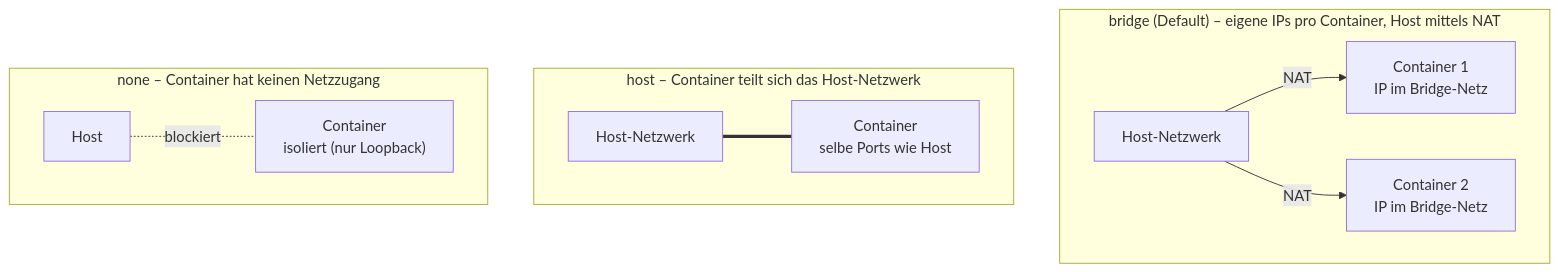
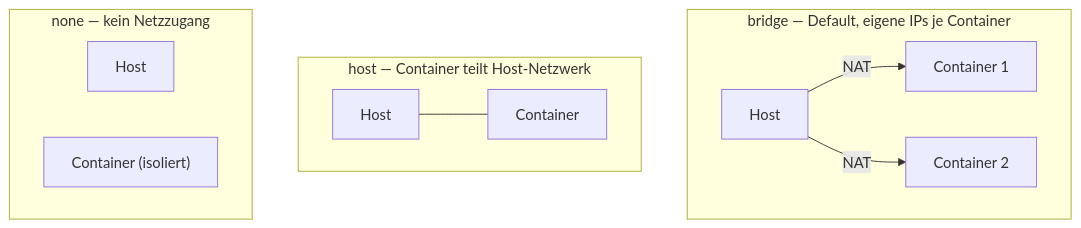
Before and after one commit to JacobMenge/kurs-unterlagen: the first of 2 diagrams in docs/docker-aufbau/docker-networks.md, drawn with Mermaid. The commit also changed 3 other files, not shown here.

First line of the commit message:
Diagramm-Feinschliff: Labels gekürzt für bessere Lesbarkeit

````diff
--- a/docs/docker-aufbau/docker-networks.md
+++ b/docs/docker-aufbau/docker-networks.md
@@ -43,25 +43,24 @@
 ```mermaid
 flowchart TB
-  subgraph BR["bridge (Default) – eigene IPs pro Container, Host mittels NAT"]
+  subgraph BR["bridge — Default, eigene IPs je Container"]
     direction LR
-    BRH["Host-Netzwerk"]
-    BRC1["Container 1<br/>IP im Bridge-Netz"]
-    BRC2["Container 2<br/>IP im Bridge-Netz"]
+    BRH["Host"]
+    BRC1["Container 1"]
+    BRC2["Container 2"]
     BRH -- "NAT" --> BRC1
     BRH -- "NAT" --> BRC2
   end
 
-  subgraph HO["host – Container teilt sich das Host-Netzwerk"]
+  subgraph HO["host — Container teilt Host-Netzwerk"]
     direction LR
-    HOH["Host-Netzwerk"]
-    HOC["Container<br/>selbe Ports wie Host"]
-    HOH === HOC
+    HOH["Host"]
+    HOC["Container"]
+    HOH --- HOC
   end
 
-  subgraph NO["none – Container hat keinen Netzzugang"]
+  subgraph NO["none — kein Netzzugang"]
     direction LR
     NOH["Host"]
-    NOC["Container<br/>isoliert (nur Loopback)"]
-    NOH -. "blockiert" .- NOC
+    NOC["Container (isoliert)"]
   end
 ```
````
